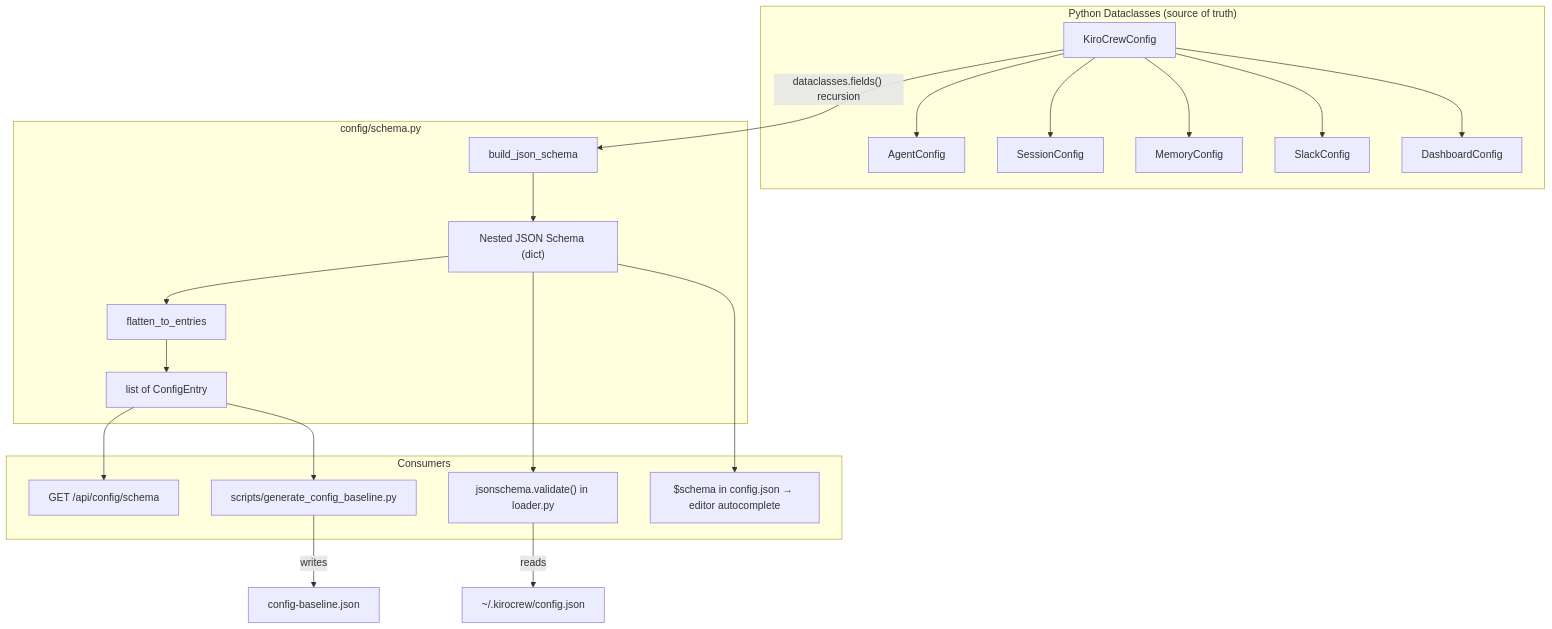
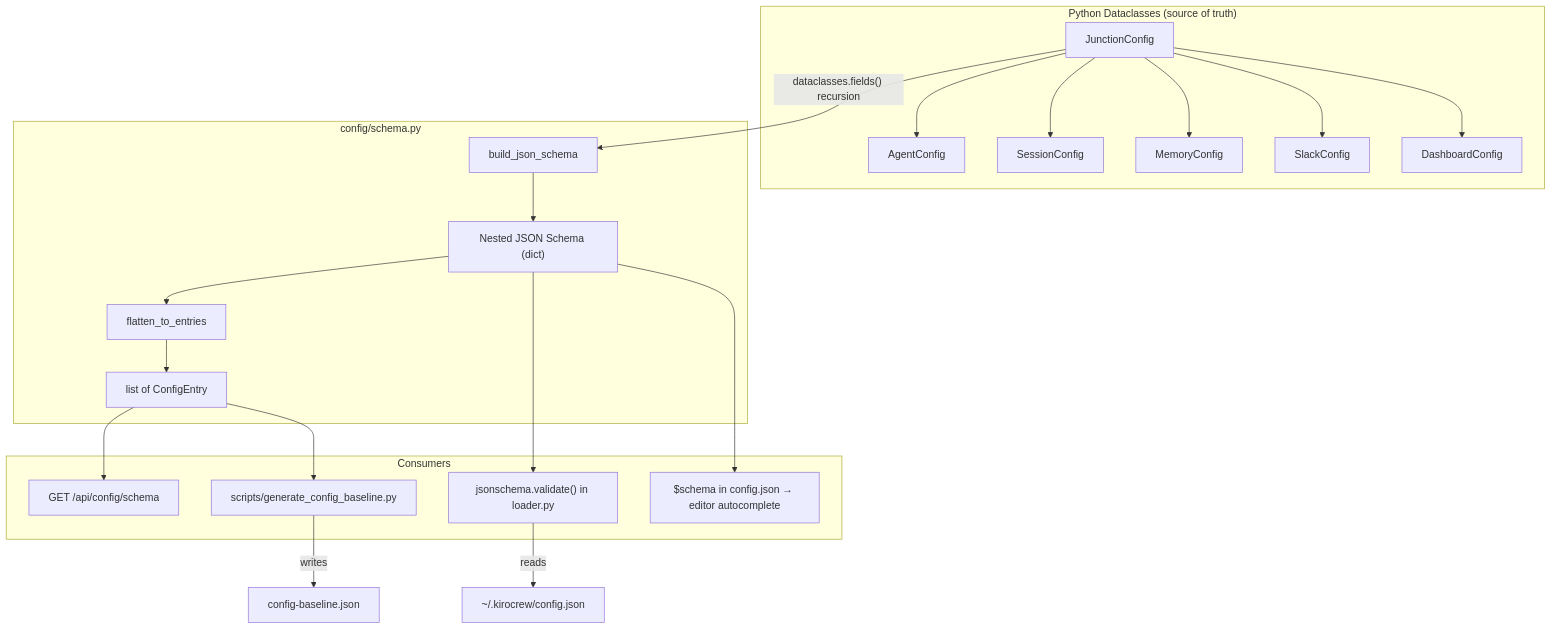
Before and after one commit to laqaer/acpcrew: the diagram in .kiro/specs/config-schema/design.md, drawn with Mermaid. The commit also changed other lines of this file and 5318 other files, not shown here.

````diff
--- a/.kiro/specs/config-schema/design.md
+++ b/.kiro/specs/config-schema/design.md
@@ -30,44 +30,44 @@
 ```mermaid
 graph TD
     subgraph "Python Dataclasses (source of truth)"
-        MC[KiroCrewConfig]
+        MC[JunctionConfig]
         AC[AgentConfig]
         SC[SessionConfig]
         MemC[MemoryConfig]
         SlC[SlackConfig]
         DC[DashboardConfig]
     end
 
     MC --> AC
     MC --> SC
     MC --> MemC
     MC --> SlC
     MC --> DC
 
     subgraph "config/schema.py"
         JS[build_json_schema]
         JSD["Nested JSON Schema (dict)"]
         FL[flatten_to_entries]
         CE[list of ConfigEntry]
     end
 
     MC -->|"dataclasses.fields() recursion"| JS
     JS --> JSD
     JSD --> FL
     FL --> CE
 
     subgraph "Consumers"
         API["GET /api/config/schema"]
         BG["scripts/generate_config_baseline.py"]
         VAL["jsonschema.validate() in loader.py"]
         ED["$schema in config.json → editor autocomplete"]
     end
 
     CE --> API
     CE --> BG
     JSD --> VAL
     JSD --> ED
 
     BG -->|writes| BL["config-baseline.json"]
     VAL -->|reads| CFG["~/.kirocrew/config.json"]
 ```
````
